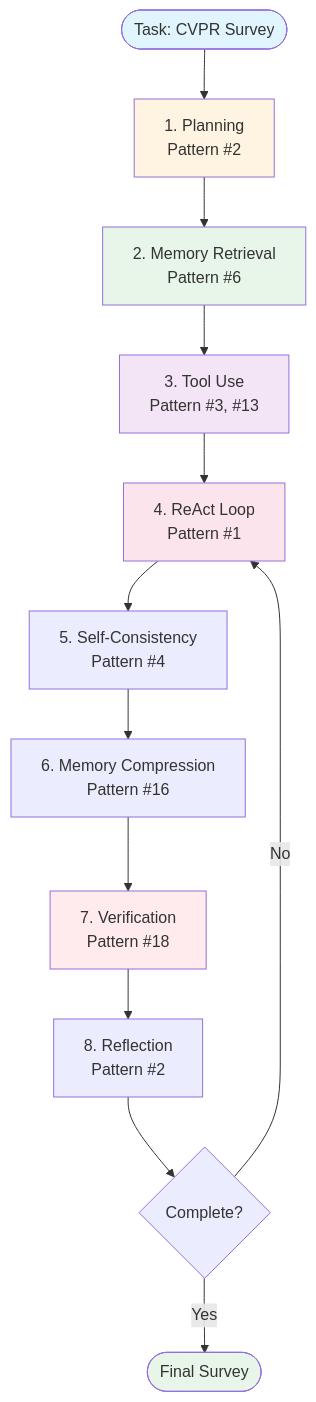
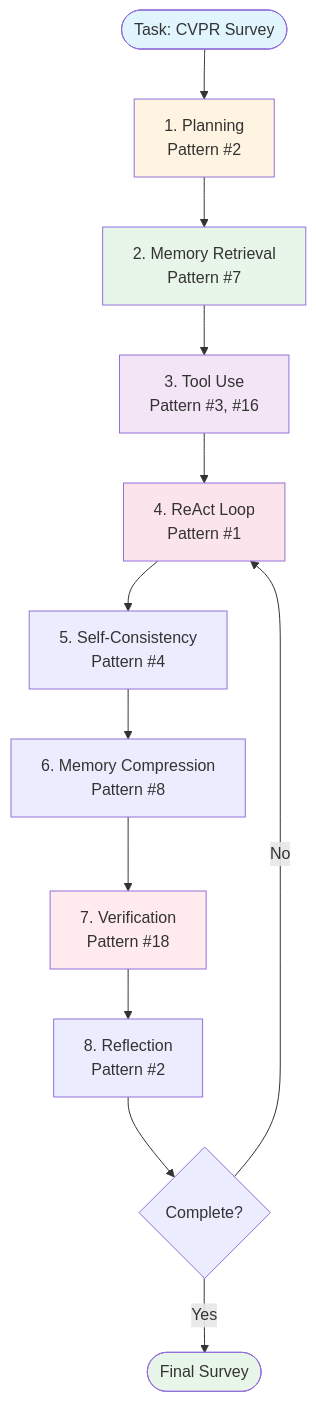
One commit to gopikrishtummala/gopikrishtummala.github.io changed the second of 2 diagrams in src/data/blog/agentic-ai-design-patterns-part-5.md. Above: the diagram before and after it, drawn with Mermaid. The commit also changed other lines of this file and 6 other files, not shown here.

````diff
--- a/src/data/blog/agentic-ai-design-patterns-part-5.md
+++ b/src/data/blog/agentic-ai-design-patterns-part-5.md
@@ -137,22 +139,22 @@
 ```mermaid
 flowchart TD
     Start([Task: CVPR Survey]) --> Plan[1. Planning<br/>Pattern #2]
-    Plan --> Memory[2. Memory Retrieval<br/>Pattern #6]
-    Memory --> Tools[3. Tool Use<br/>Pattern #3, #13]
+    Plan --> Memory[2. Memory Retrieval<br/>Pattern #7]
+    Memory --> Tools[3. Tool Use<br/>Pattern #3, #16]
     Tools --> ReAct[4. ReAct Loop<br/>Pattern #1]
     ReAct --> SelfConsist[5. Self-Consistency<br/>Pattern #4]
-    SelfConsist --> Compress[6. Memory Compression<br/>Pattern #16]
+    SelfConsist --> Compress[6. Memory Compression<br/>Pattern #8]
     Compress --> Verify[7. Verification<br/>Pattern #18]
     Verify --> Reflect[8. Reflection<br/>Pattern #2]
     Reflect --> Check{Complete?}
     Check -->|No| ReAct
     Check -->|Yes| Output([Final Survey])
     
     style Start fill:#e1f5ff
     style Plan fill:#fff4e1
     style Memory fill:#e8f5e9
     style Tools fill:#f3e5f5
     style ReAct fill:#fce4ec
     style Verify fill:#ffebee
     style Output fill:#e8f5e9
 ```
````
